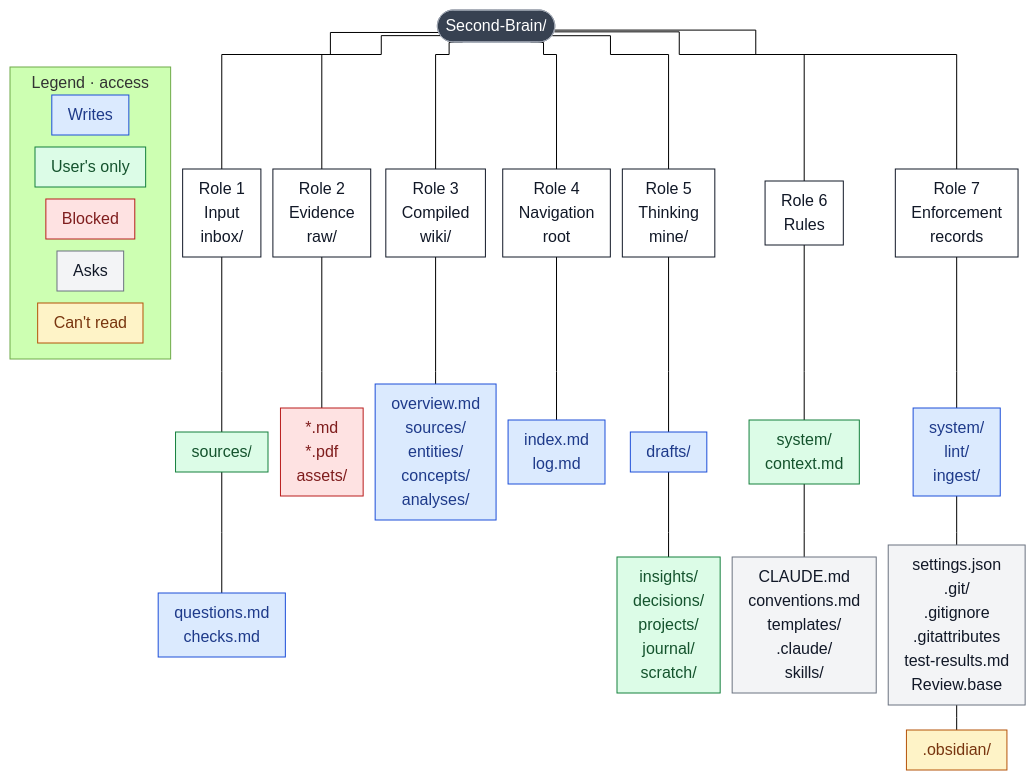
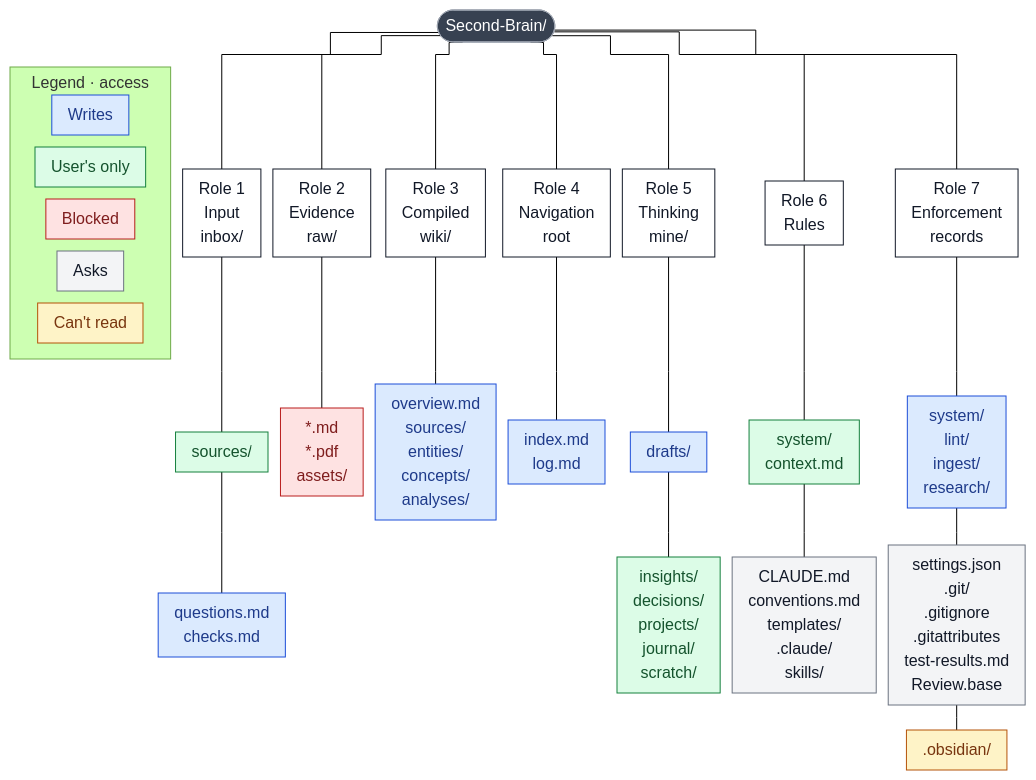
One commit to quocnguyen13/second-brain changed the third of 20 diagrams in mine/projects/thinking-system/20 Product Requirements.md. Above: the diagram before and after it, drawn with Mermaid (forest theme). The commit also changed other lines of this file and 8 other files, not shown here.

````diff
--- a/mine/projects/thinking-system/20 Product Requirements.md
+++ b/mine/projects/thinking-system/20 Product Requirements.md
@@ -271,40 +292,40 @@
 ```mermaid
 %%{init: {"flowchart": {"curve": "step", "useMaxWidth": true, "nodeSpacing": 12, "rankSpacing": 25, "padding": 8, "subGraphTitleMargin": {"top": 4, "bottom": 8}}}}%%
 flowchart TB
     subgraph LEG["Legend · access"]
         direction LR
         L1["Writes"]:::claude
         L2["User's only"]:::user
         L3["Blocked"]:::locked
         L4["Asks"]:::ask
         L5["Can't read"]:::hidden
     end
     V(["Second-Brain/"]):::vault
     V ~~~ LEG
     V --- R1["Role 1<br/>Input<br/>inbox/"]:::role
     V --- R2["Role 2<br/>Evidence<br/>raw/"]:::role
     V --- R3["Role 3<br/>Compiled<br/>wiki/"]:::role
     V --- R4["Role 4<br/>Navigation<br/>root"]:::role
     V --- R5["Role 5<br/>Thinking<br/>mine/"]:::role
     V --- R6["Role 6<br/>Rules"]:::role
     V --- R7["Role 7<br/>Enforcement<br/>records"]:::role
     R1 --- A1["sources/"]:::user
     A1 --- A2["questions.md<br/>checks.md"]:::claude
     R2 --- B1["*.md<br/>*.pdf<br/>assets/"]:::locked
     R3 --- C1["overview.md<br/>sources/<br/>entities/<br/>concepts/<br/>analyses/"]:::claude
     R4 --- D1["index.md<br/>log.md"]:::claude
     R5 --- E1["drafts/"]:::claude
     E1 --- E2["insights/<br/>decisions/<br/>projects/<br/>journal/<br/>scratch/"]:::user
     R6 --- F1["system/<br/>context.md"]:::user
     F1 --- F2["CLAUDE.md<br/>conventions.md<br/>templates/<br/>.claude/<br/>skills/"]:::ask
-    R7 --- G1["system/<br/>lint/<br/>ingest/"]:::claude
+    R7 --- G1["system/<br/>lint/<br/>ingest/<br/>research/"]:::claude
     G1 --- G2["settings.json<br/>.git/<br/>.gitignore<br/>.gitattributes<br/>test-results.md<br/>Review.base"]:::ask
     G2 --- G3[".obsidian/"]:::hidden
     classDef claude fill:#dbeafe,stroke:#1d4ed8,color:#1e3a8a
     classDef user fill:#dcfce7,stroke:#15803d,color:#14532d
     classDef locked fill:#fee2e2,stroke:#b91c1c,color:#7f1d1d
     classDef ask fill:#f3f4f6,stroke:#6b7280,color:#111827
     classDef hidden fill:#fef3c7,stroke:#b45309,color:#78350f
     classDef role fill:#ffffff,stroke:#111827,color:#111827
     classDef vault fill:#374151,stroke:#9ca3af,color:#ffffff
 ```
````
